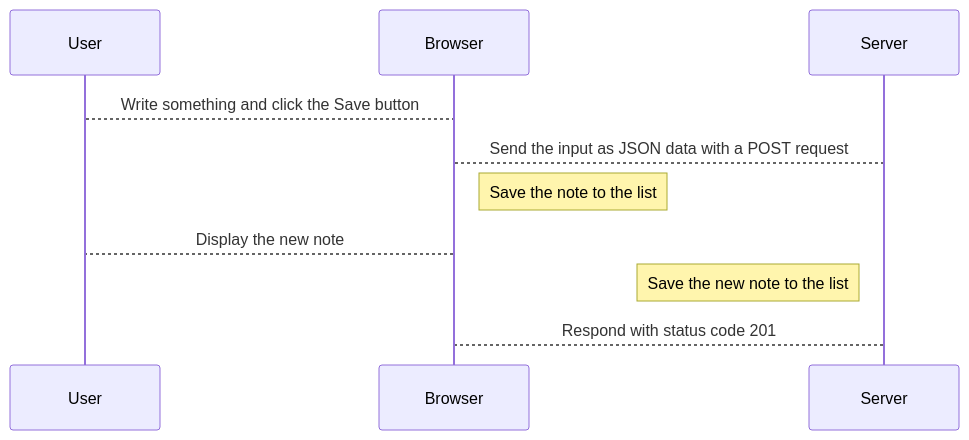
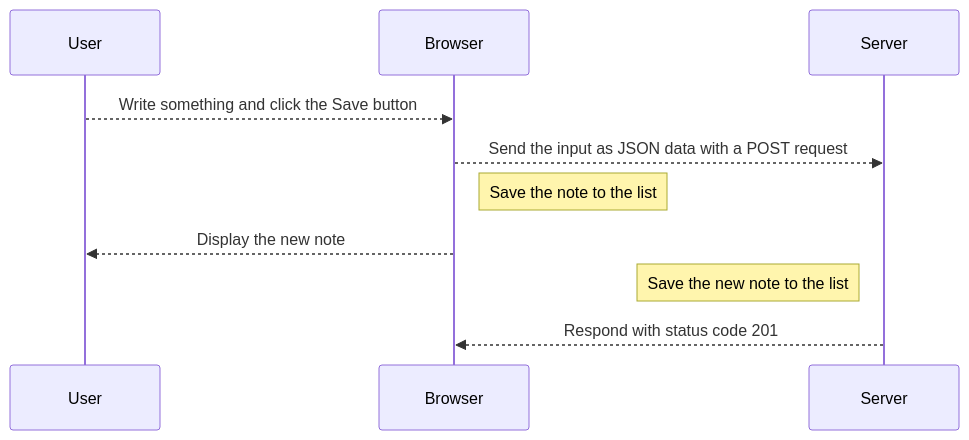
The diagram in part0/ex6.md (q79843603/FullStackOpen2023), drawn with Mermaid before and after one commit. The commit also changed 1 other file, not shown here.

Commit message:
added arrow

````diff
--- a/part0/ex6.md
+++ b/part0/ex6.md
@@ -3,13 +3,13 @@
 ```mermaid
 sequenceDiagram
     participant User
     participant Browser
     participant Server
 
-User--> Browser: Write something and click the Save button
-Browser--> Server: Send the input as JSON data with a POST request
+User-->> Browser: Write something and click the Save button
+Browser-->> Server: Send the input as JSON data with a POST request
 Note right of Browser: Save the note to the list
-Browser--> User: Display the new note
+Browser-->> User: Display the new note
 Note left of Server: Save the new note to the list
-Server-->Browser: Respond with status code 201
+Server-->>Browser: Respond with status code 201
 ```
````
